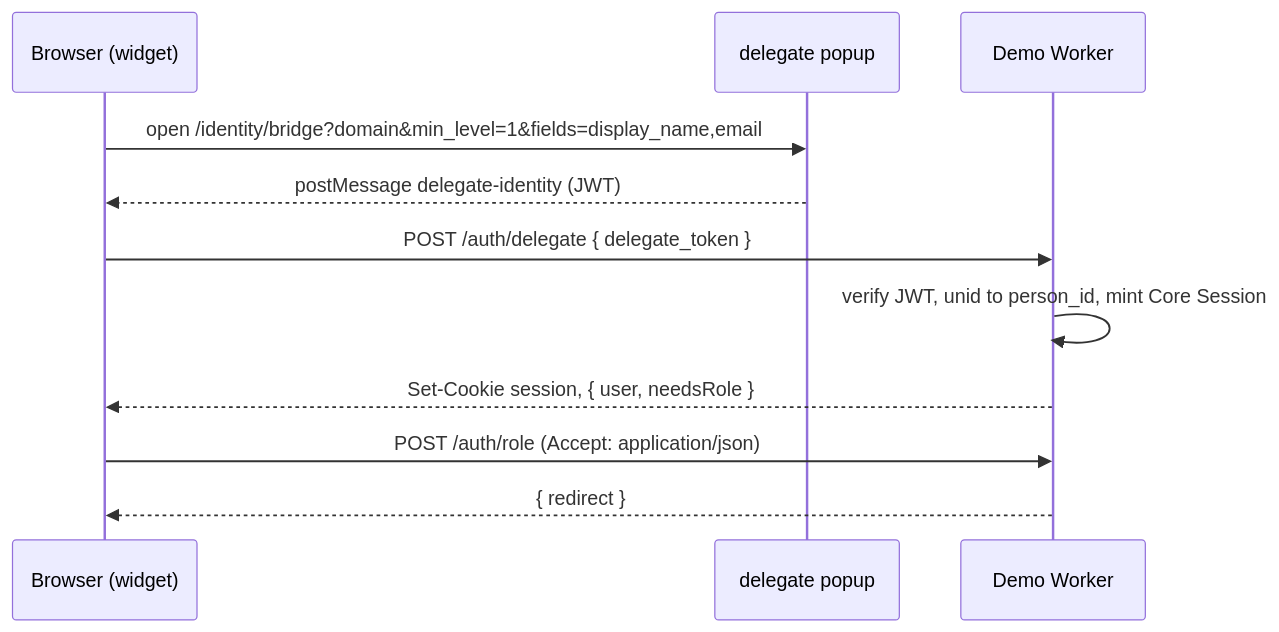
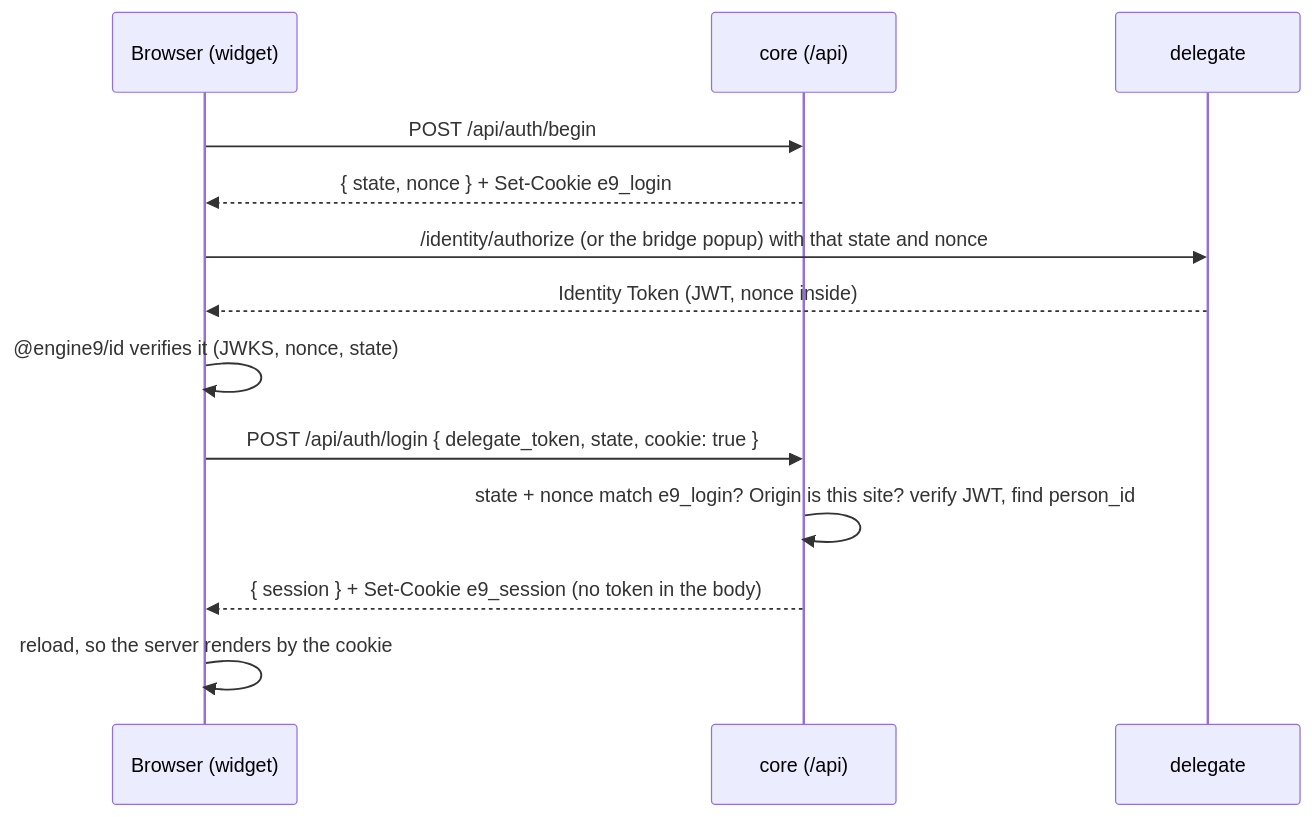
Before and after one commit to engine9-ai/demo-festival: the first of 2 diagrams in docs/identity-flow.md, drawn with Mermaid. The commit also changed other lines of this file and 24 other files, not shown here.

````diff
--- a/docs/identity-flow.md
+++ b/docs/identity-flow.md
@@ -95,13 +112,15 @@
 ```mermaid
 sequenceDiagram
   participant B as Browser (widget)
-  participant P as delegate popup
-  participant S as Demo Worker
-  B->>P: open /identity/bridge?domain&min_level=1&fields=display_name,email
-  P-->>B: postMessage delegate-identity (JWT)
-  B->>S: POST /auth/delegate { delegate_token }
-  S->>S: verify JWT, unid to person_id, mint Core Session
-  S-->>B: Set-Cookie session, { user, needsRole }
-  B->>S: POST /auth/role (Accept: application/json)
-  S-->>B: { redirect }
+  participant C as core (/api)
+  participant D as delegate
+  B->>C: POST /api/auth/begin
+  C-->>B: { state, nonce } + Set-Cookie e9_login
+  B->>D: /identity/authorize (or the bridge popup) with that state and nonce
+  D-->>B: Identity Token (JWT, nonce inside)
+  B->>B: @engine9/id verifies it (JWKS, nonce, state)
+  B->>C: POST /api/auth/login { delegate_token, state, cookie: true }
+  C->>C: state + nonce match e9_login? Origin is this site? verify JWT, find person_id
+  C-->>B: { session } + Set-Cookie e9_session (no token in the body)
+  B->>B: reload, so the server renders by the cookie
 ```
````
